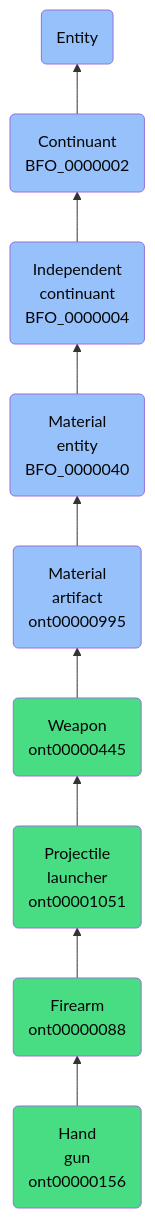
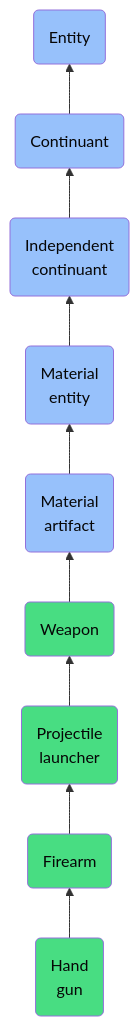
The diagram in docs/ontology/reference/model/Entity/Continuant/Independent continuant/Material entity/Material artifact/Weapon/Projectile launcher/Firearm/Hand gun/Hand gun.md (jupyter-naas/abi), drawn with Mermaid before and after one commit. The commit also changed other lines of this file and 1430 other files, not shown here.

````diff
--- a/docs/ontology/reference/model/Entity/Continuant/Independent continuant/Material entity/Material artifact/Weapon/Projectile launcher/Firearm/Hand gun/Hand gun.md
+++ b/docs/ontology/reference/model/Entity/Continuant/Independent continuant/Material entity/Material artifact/Weapon/Projectile launcher/Firearm/Hand gun/Hand gun.md
@@ -24,16 +24,16 @@
 ```mermaid
 graph BT
-    ont00000156(Hand<br>gun<br>ont00000156):::ABI-->ont00000088
-    ont00000088(Firearm<br>ont00000088):::ABI-->ont00001051
-    ont00001051(Projectile<br>launcher<br>ont00001051):::ABI-->ont00000445
-    ont00000445(Weapon<br>ont00000445):::ABI-->ont00000995
-    ont00000995(Material<br>artifact<br>ont00000995):::BFO-->BFO_0000040
-    BFO_0000040(Material<br>entity<br>BFO_0000040):::BFO-->BFO_0000004
-    BFO_0000004(Independent<br>continuant<br>BFO_0000004):::BFO-->BFO_0000002
-    BFO_0000002(Continuant<br>BFO_0000002):::BFO-->BFO_0000001
+    ont00000156(Hand<br>gun):::ABI-->ont00000088
+    ont00000088(Firearm):::ABI-->ont00001051
+    ont00001051(Projectile<br>launcher):::ABI-->ont00000445
+    ont00000445(Weapon):::ABI-->ont00000995
+    ont00000995(Material<br>artifact):::BFO-->BFO_0000040
+    BFO_0000040(Material<br>entity):::BFO-->BFO_0000004
+    BFO_0000004(Independent<br>continuant):::BFO-->BFO_0000002
+    BFO_0000002(Continuant):::BFO-->BFO_0000001
     BFO_0000001(Entity):::BFO
     
     classDef BFO fill:#97c1fb,color:#060606
     classDef CCO fill:#e4c51e,color:#060606
     classDef ABI fill:#48DD82,color:#060606
 ```
````
